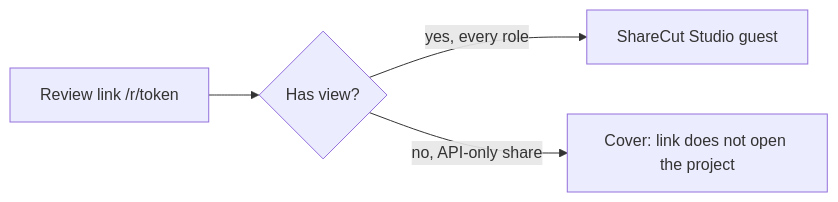
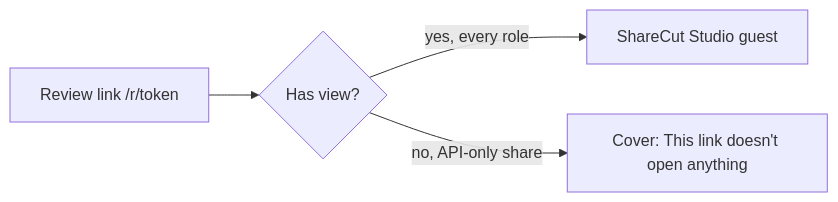
One commit to calebn/sharecut-studio changed the diagram in ux/pages/screens/guest-share.md. Above: the diagram before and after it, drawn with Mermaid. The commit also changed 3 other files, not shown here.

````diff
--- a/ux/pages/screens/guest-share.md
+++ b/ux/pages/screens/guest-share.md
@@ -5,6 +5,6 @@
 ```mermaid
 flowchart LR
   shareLink["Review link /r/token"] --> hasView{Has view?}
   hasView -->|yes, every role| dawGuest[ShareCut Studio guest]
-  hasView -->|no, API-only share| noPage[Cover: link does not open the project]
+  hasView -->|no, API-only share| noPage["Cover: This link doesn't open anything"]
 ```
````
